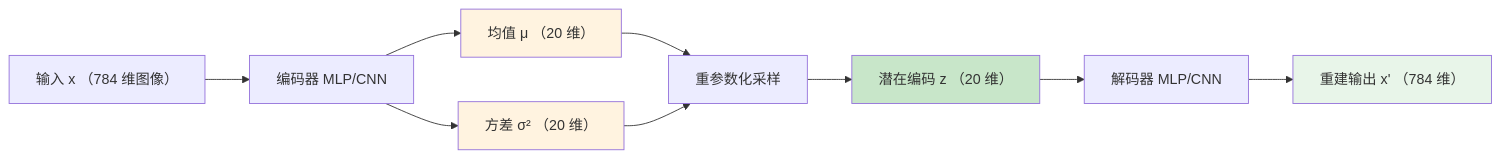
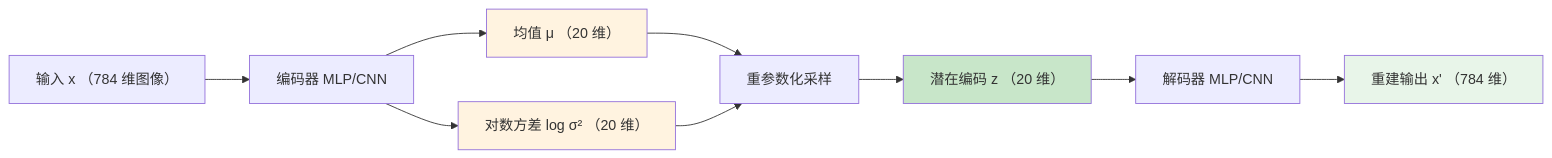
The fourth of 6 diagrams in docs/deep-learning/generative-models/vae.md (fenixsoft/dmla), drawn with Mermaid before and after one commit. The commit also changed other lines of this file and 68 other files, not shown here.

````diff
--- a/docs/deep-learning/generative-models/vae.md
+++ b/docs/deep-learning/generative-models/vae.md
@@ -125,16 +125,16 @@
 ```mermaid compact
 graph LR
     A["输入 x （784 维图像）"] --> B["编码器 MLP/CNN"]
     B --> C["均值 μ （20 维）"]
-    B --> D["方差 σ² （20 维）"]
+    B --> D["对数方差 log σ² （20 维）"]
     C --> E["重参数化采样"]
     D --> E
     E --> F["潜在编码 z （20 维）"]
     F --> G["解码器 MLP/CNN"]
     G --> H["重建输出 x' （784 维）"]
     
     style C fill:#fff3e0
     style D fill:#fff3e0
     style F fill:#c8e6c9
     style H fill:#e8f5e9
 ```
````
